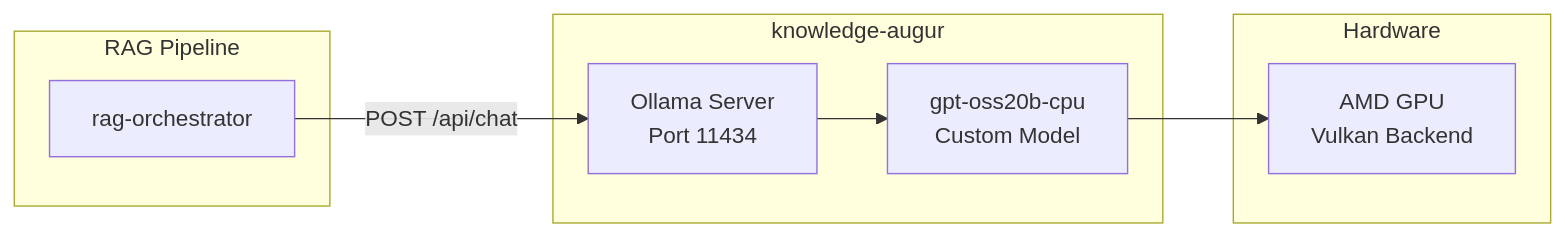
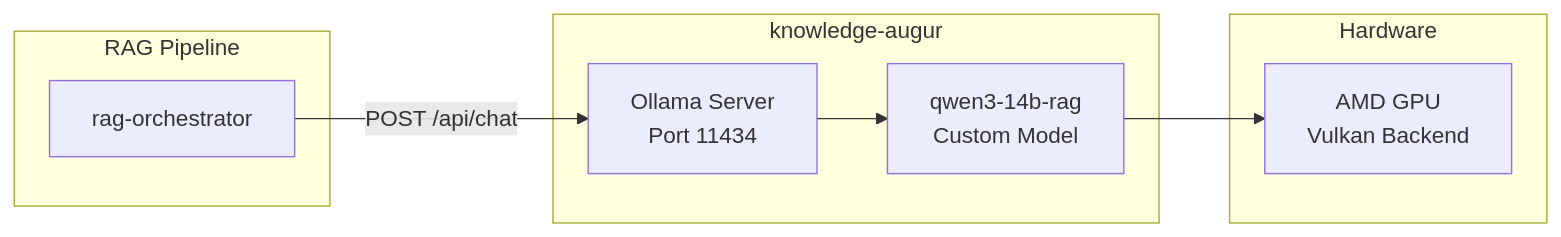
One commit to Kaikei-e/Alt changed the diagram in docs/services/knowledge-augur.md. Above: the diagram before and after it, drawn with Mermaid. The commit also changed other lines of this file, not shown here.

First line of the commit message:
chore(knowledge-augur): Update documentation and configurations for qwen3-14b model

````diff
--- a/docs/services/knowledge-augur.md
+++ b/docs/services/knowledge-augur.md
@@ -16,19 +16,19 @@
 ```mermaid
 flowchart LR
     subgraph RAG Pipeline
         RagOrch[rag-orchestrator]
     end
 
     subgraph knowledge-augur
         Ollama[Ollama Server<br/>Port 11434]
-        Model[gpt-oss20b-cpu<br/>Custom Model]
+        Model[qwen3-14b-rag<br/>Custom Model]
     end
 
     subgraph Hardware
         GPU[AMD GPU<br/>Vulkan Backend]
     end
 
     RagOrch -->|POST /api/chat| Ollama
     Ollama --> Model
     Model --> GPU
 ```
````
